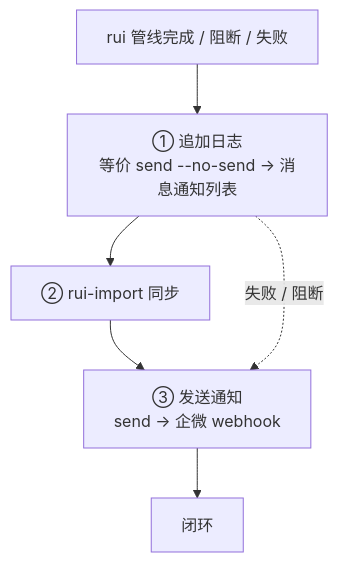
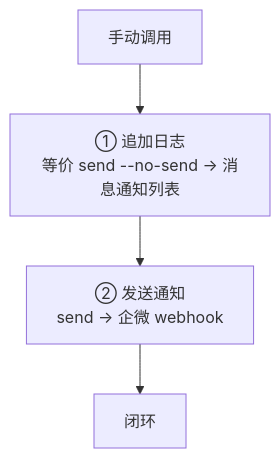
Before and after one commit to effiy/YrY: the first of 9 diagrams in skills/rui-bot/SKILL.md, drawn with Mermaid. The commit also changed other lines of this file and 37 other files, not shown here.

````diff
--- a/skills/rui-bot/SKILL.md
+++ b/skills/rui-bot/SKILL.md
@@ -23,10 +23,7 @@
 ```mermaid
 flowchart TB
-    RUI["rui 管线完成 / 阻断 / 失败"]:::src --> LOG["① 追加日志<br/>等价 send --no-send → 消息通知列表"]:::step
-    LOG --> SYNC["② rui-import 同步"]:::step
-    SYNC --> SEND["③ 发送通知<br/>send → 企微 webhook"]:::step
+    USER["手动调用"]:::src --> LOG["① 追加日志<br/>等价 send --no-send → 消息通知列表"]:::step
+    LOG --> SEND["② 发送通知<br/>send → 企微 webhook"]:::step
     SEND --> DONE["闭环"]:::done
 
-    LOG -.->|"失败 / 阻断"| SEND
-
 ```
````
